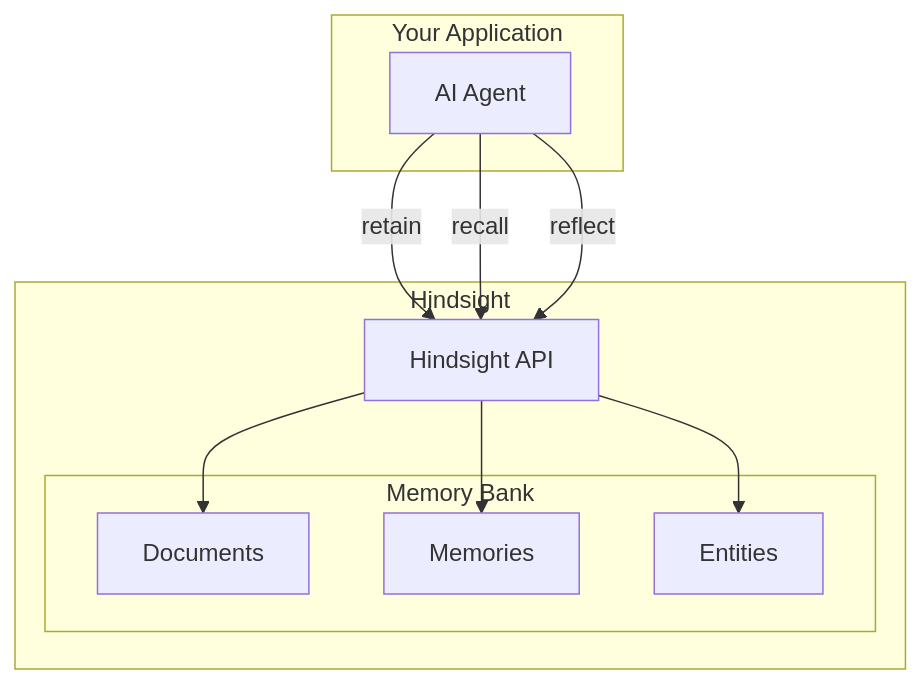
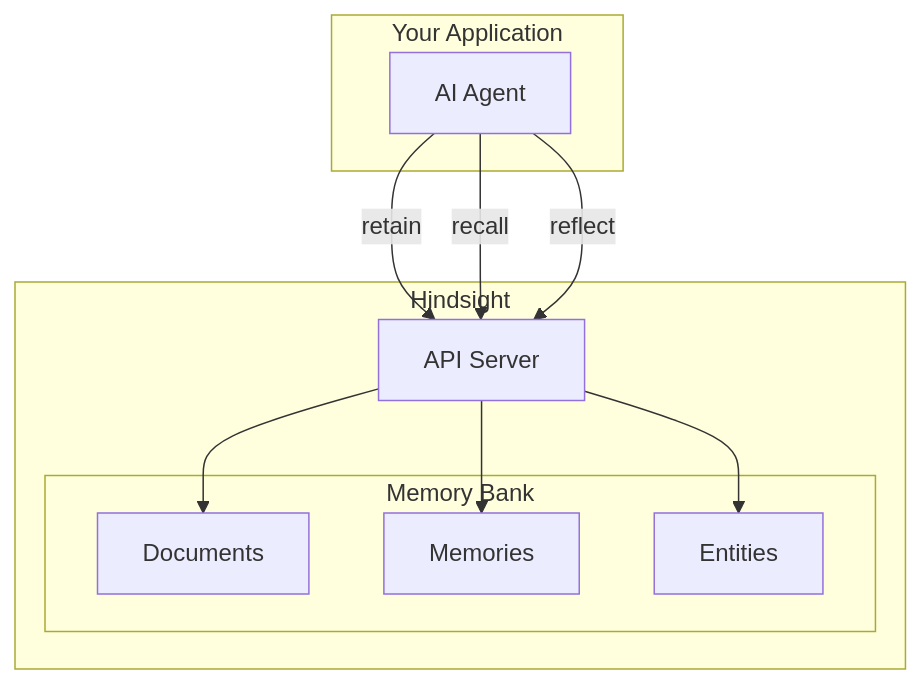
The first of 2 diagrams in hindsight-docs/docs/developer/index.md (karljsamuel/hindsight), drawn with Mermaid before and after one commit. The commit also changed other lines of this file and 37 other files, not shown here.

````diff
--- a/hindsight-docs/docs/developer/index.md
+++ b/hindsight-docs/docs/developer/index.md
@@ -23,24 +23,24 @@
 ```mermaid
 graph TB
-    subgraph Your Application
+    subgraph app[Your Application]
         Agent[AI Agent]
     end
 
-    subgraph Hindsight
-        API[Hindsight API]
+    subgraph hindsight[Hindsight]
+        API[API Server]
 
-        subgraph Memory Bank
+        subgraph bank[Memory Bank]
             Documents[Documents]
             Memories[Memories]
             Entities[Entities]
         end
     end
 
     Agent -->|retain| API
     Agent -->|recall| API
     Agent -->|reflect| API
 
     API --> Documents
     API --> Memories
     API --> Entities
 ```
````
